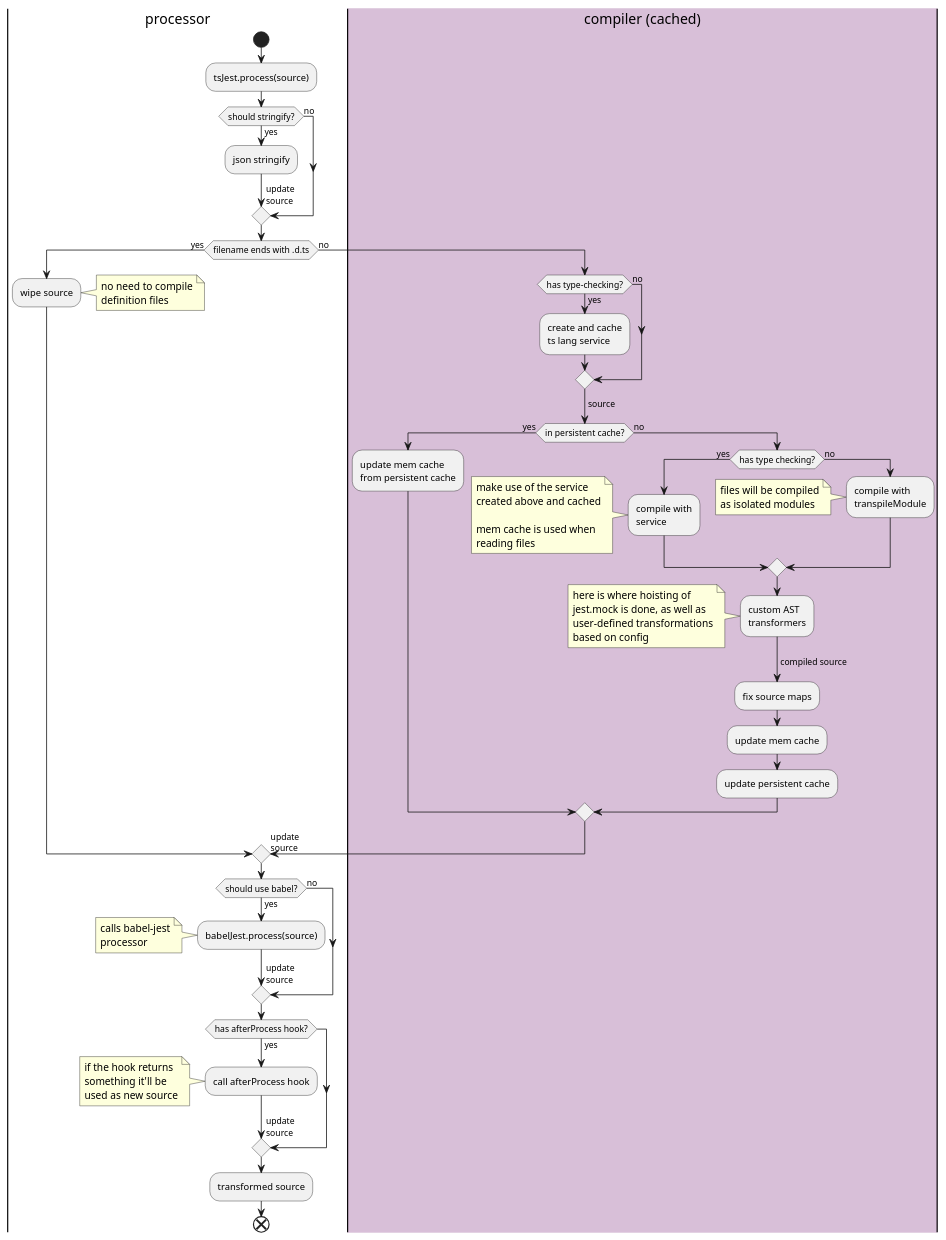
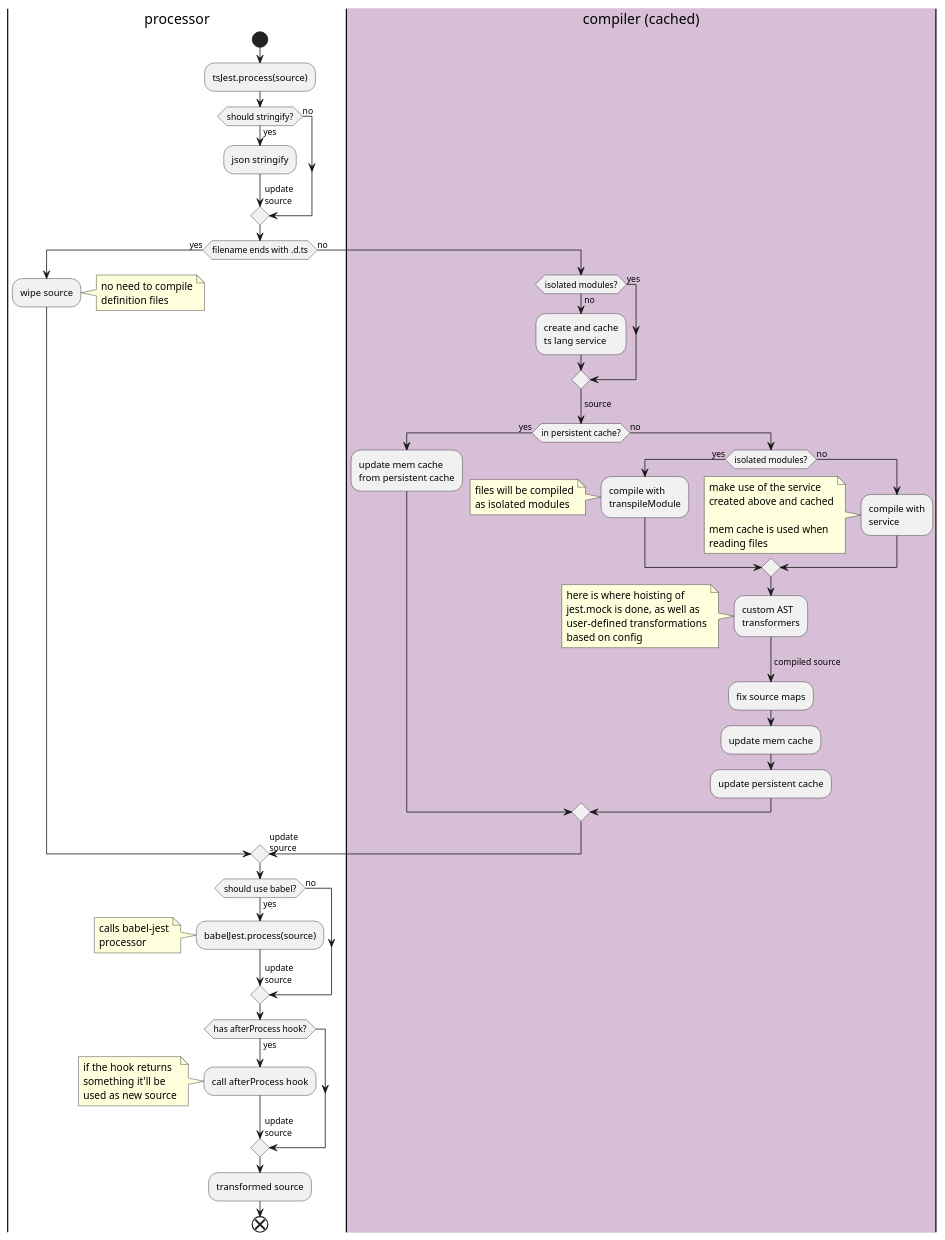
One commit to AlexGuz23/ts-jest changed the second of 2 diagrams in docs/tech/process/index.md. Above: the diagram before and after it, drawn with PlantUML. The commit also changed 8 other files, not shown here.

```diff
--- a/docs/tech/process/index.md
+++ b/docs/tech/process/index.md
@@ -60,10 +60,10 @@
 else (no)
 
   |#Thistle|compiler (cached)|
-  if (has type-checking?) then (yes)
+  if (isolated modules?) then (yes)
+  else (no)
     :create and cache
     ts lang service;
-  else (no)
   endif
 
   -> source;
@@ -73,7 +73,15 @@
     from persistent cache;
 
   else (no)
-    if (has type checking?) then (yes)
+    if (isolated modules?) then (yes)
+      :compile with
+      transpileModule;
+      note left
+        files will be compiled
+        as isolated modules
+      end note
+
+    else (no)
       :compile with
       service;
       note left
@@ -82,14 +90,6 @@
 
         mem cache is used when
         reading files
-      end note
-
-    else (no)
-      :compile with
-      transpileModule;
-      note left
-        files will be compiled
-        as isolated modules
       end note
 
     endif
```
